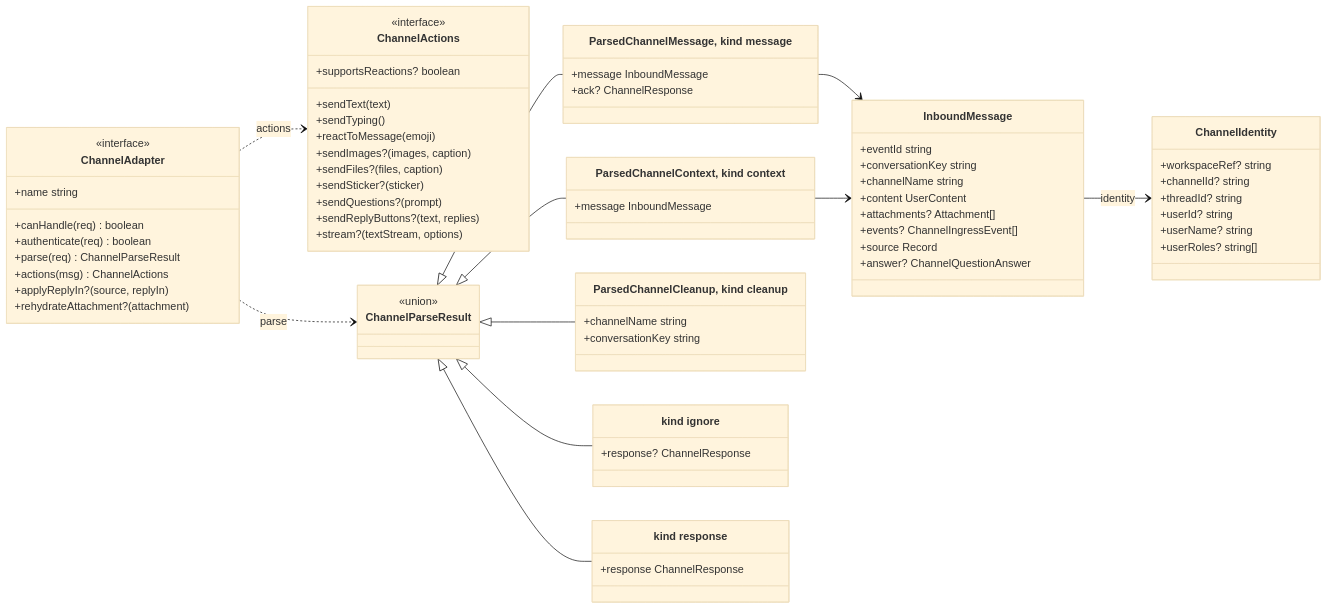
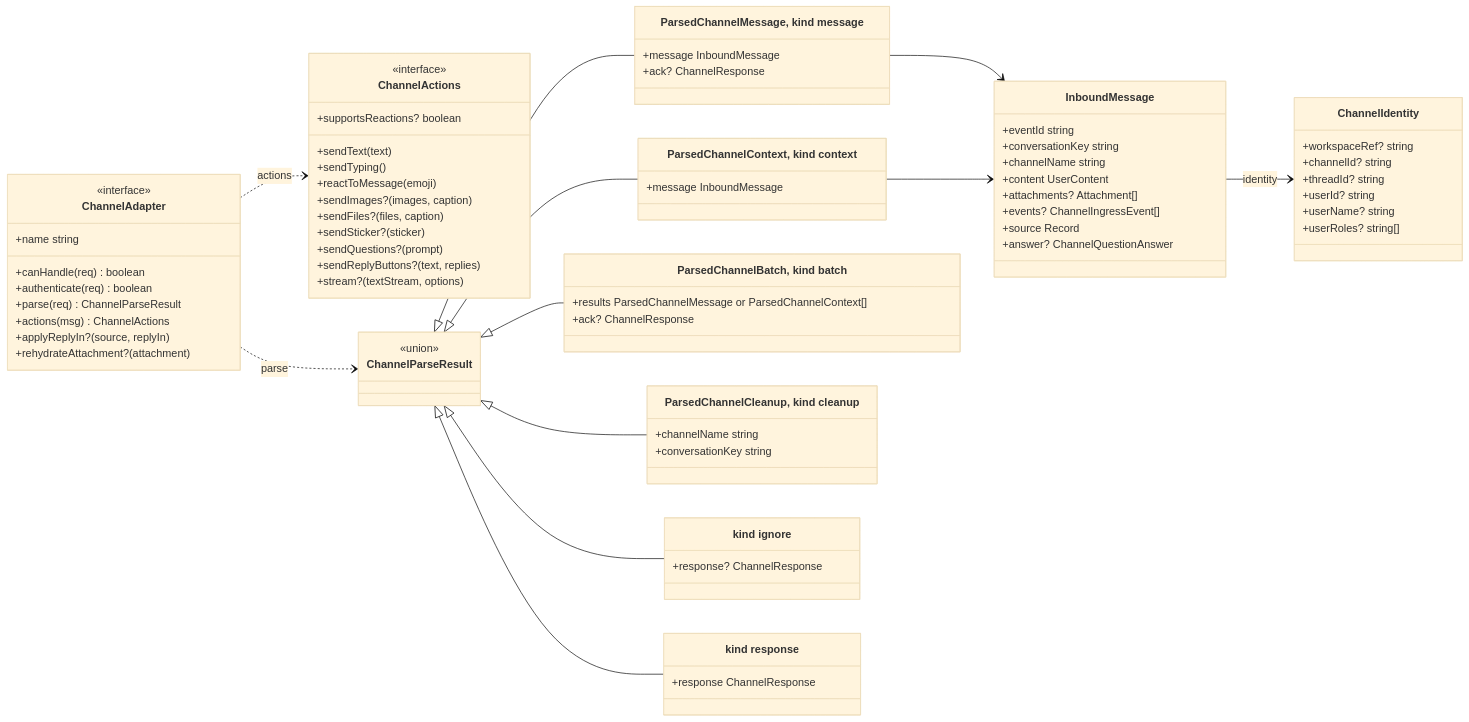
The third of 4 diagrams in apps/docs/docs/internals/channels.md (beeblastco/broods), drawn with Mermaid (base theme) before and after one commit. The commit also changed other lines of this file and 4 other files, not shown here.

````diff
--- a/apps/docs/docs/internals/channels.md
+++ b/apps/docs/docs/internals/channels.md
@@ -92,70 +92,74 @@
 ```mermaid
 classDiagram
   direction LR
   class ChannelAdapter
   <<interface>> ChannelAdapter
   ChannelAdapter : +name string
   ChannelAdapter : +canHandle(req) boolean
   ChannelAdapter : +authenticate(req) boolean
   ChannelAdapter : +parse(req) ChannelParseResult
   ChannelAdapter : +actions(msg) ChannelActions
   ChannelAdapter : +applyReplyIn?(source, replyIn)
   ChannelAdapter : +rehydrateAttachment?(attachment)
 
   class ChannelActions
   <<interface>> ChannelActions
   ChannelActions : +sendText(text)
   ChannelActions : +sendTyping()
   ChannelActions : +reactToMessage(emoji)
   ChannelActions : +supportsReactions? boolean
   ChannelActions : +sendImages?(images, caption)
   ChannelActions : +sendFiles?(files, caption)
   ChannelActions : +sendSticker?(sticker)
   ChannelActions : +sendQuestions?(prompt)
   ChannelActions : +sendReplyButtons?(text, replies)
   ChannelActions : +stream?(textStream, options)
 
   class ChannelParseResult
   <<union>> ChannelParseResult
   class ParsedChannelMessage["ParsedChannelMessage, kind message"]
   ParsedChannelMessage : +message InboundMessage
   ParsedChannelMessage : +ack? ChannelResponse
   class ParsedChannelContext["ParsedChannelContext, kind context"]
   ParsedChannelContext : +message InboundMessage
+  class ParsedChannelBatch["ParsedChannelBatch, kind batch"]
+  ParsedChannelBatch : +results ParsedChannelMessage or ParsedChannelContext[]
+  ParsedChannelBatch : +ack? ChannelResponse
   class ParsedChannelCleanup["ParsedChannelCleanup, kind cleanup"]
   ParsedChannelCleanup : +channelName string
   ParsedChannelCleanup : +conversationKey string
   class Ignore["kind ignore"]
   Ignore : +response? ChannelResponse
   class Respond["kind response"]
   Respond : +response ChannelResponse
 
   class InboundMessage
   InboundMessage : +eventId string
   InboundMessage : +conversationKey string
   InboundMessage : +channelName string
   InboundMessage : +content UserContent
   InboundMessage : +attachments? Attachment[]
   InboundMessage : +events? ChannelIngressEvent[]
   InboundMessage : +source Record
   InboundMessage : +answer? ChannelQuestionAnswer
 
   class ChannelIdentity
   ChannelIdentity : +workspaceRef? string
   ChannelIdentity : +channelId? string
   ChannelIdentity : +threadId? string
   ChannelIdentity : +userId? string
   ChannelIdentity : +userName? string
   ChannelIdentity : +userRoles? string[]
 
   ChannelAdapter ..> ChannelParseResult : parse
   ChannelAdapter ..> ChannelActions : actions
   ChannelParseResult <|-- ParsedChannelMessage
   ChannelParseResult <|-- ParsedChannelContext
+  ChannelParseResult <|-- ParsedChannelBatch
   ChannelParseResult <|-- ParsedChannelCleanup
   ChannelParseResult <|-- Ignore
   ChannelParseResult <|-- Respond
   ParsedChannelMessage --> InboundMessage
   ParsedChannelContext --> InboundMessage
   InboundMessage --> ChannelIdentity : identity
 ```
````
